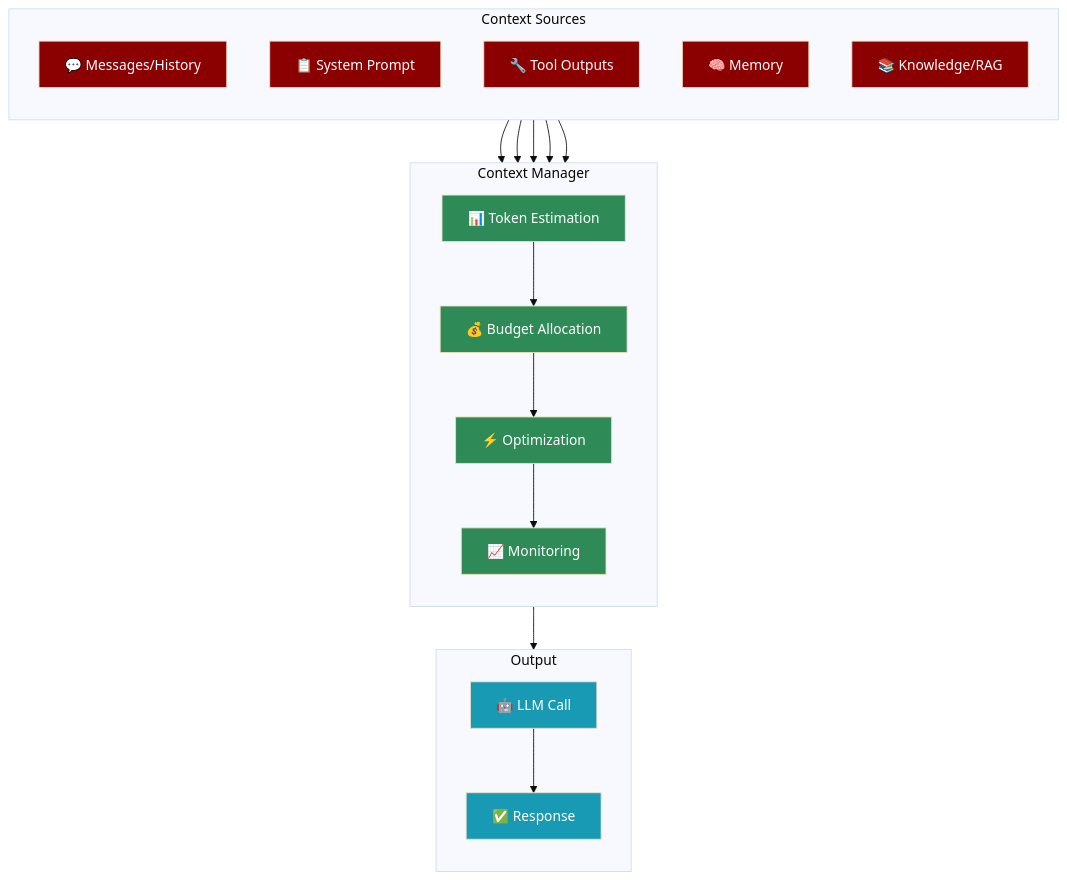
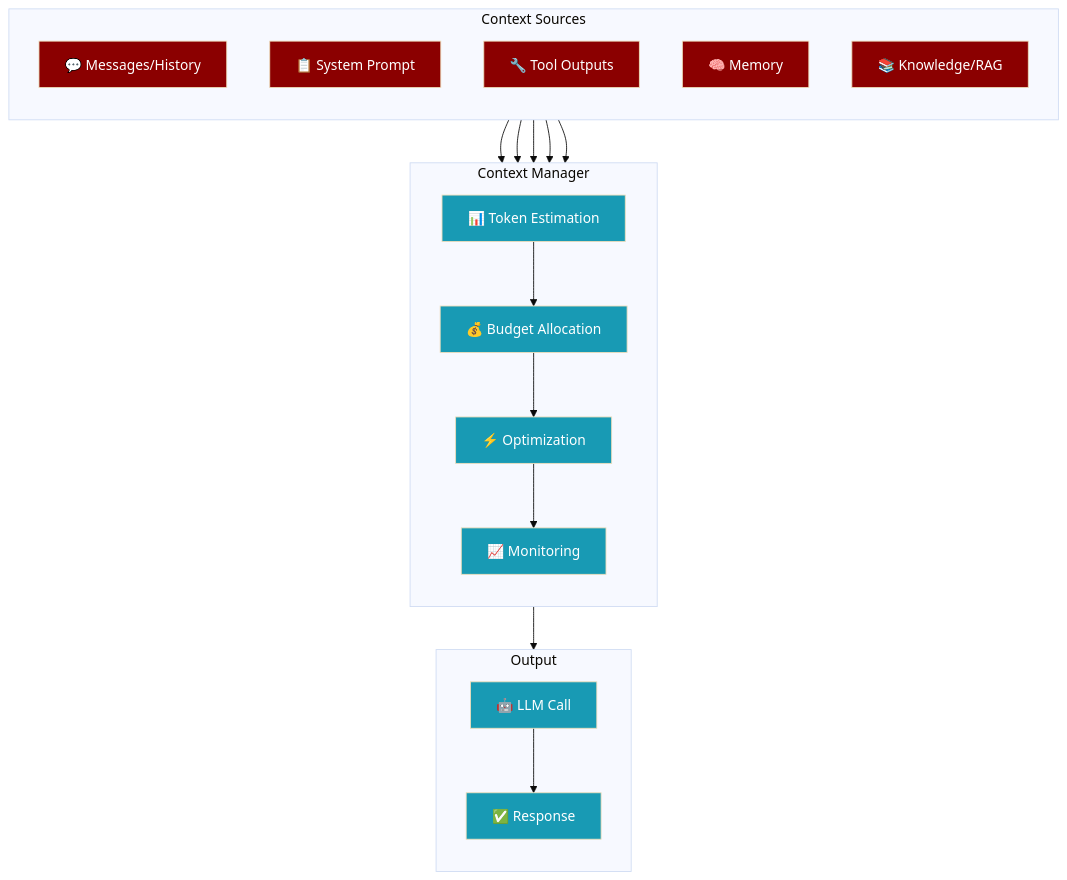
One commit to MervinPraison/PraisonAIDocs changed the first of 5 diagrams in docs/features/context-management.mdx. Above: the diagram before and after it, drawn with Mermaid (base theme). The commit also changed other lines of this file and 10 other files, not shown here.

First line of the commit message:
docs: normalise §3.1 Mermaid palette in features + tools (fixes #1556)

````diff
--- a/docs/features/context-management.mdx
+++ b/docs/features/context-management.mdx
@@ -30,55 +30,55 @@
 ```mermaid
 flowchart TB
     subgraph "Context Sources"
         direction TB
         MSG[💬 Messages/History]
         SYS[📋 System Prompt]
         TOOL[🔧 Tool Outputs]
         MEM[🧠 Memory]
         RAG[📚 Knowledge/RAG]
     end
 
     subgraph "Context Manager"
         direction TB
         EST[📊 Token Estimation]
         BUD[💰 Budget Allocation]
         OPT[⚡ Optimization]
         MON[📈 Monitoring]
     end
 
     subgraph "Output"
         direction TB
         LLM[🤖 LLM Call]
         RES[✅ Response]
     end
 
     MSG --> EST
     SYS --> EST
     TOOL --> EST
     MEM --> EST
     RAG --> EST
 
     EST --> BUD
     BUD --> OPT
     OPT --> MON
     MON --> LLM
     LLM --> RES
 
     style MSG fill:#8B0000,color:#fff
     style SYS fill:#8B0000,color:#fff
     style TOOL fill:#8B0000,color:#fff
     style MEM fill:#8B0000,color:#fff
     style RAG fill:#8B0000,color:#fff
-    style EST fill:#2E8B57,color:#fff
-    style BUD fill:#2E8B57,color:#fff
-    style OPT fill:#2E8B57,color:#fff
-    style MON fill:#2E8B57,color:#fff
+    style EST fill:#189AB4,color:#fff
+    style BUD fill:#189AB4,color:#fff
+    style OPT fill:#189AB4,color:#fff
+    style MON fill:#189AB4,color:#fff
     style LLM fill:#189AB4,color:#fff
     style RES fill:#189AB4,color:#fff
     classDef agent fill:#8B0000,stroke:#7C90A0,color:#fff
     classDef tool fill:#189AB4,stroke:#7C90A0,color:#fff
     classDef config fill:#6366F1,stroke:#7C90A0,color:#fff
     class A agent
     class B,C tool
 
 ```
````
